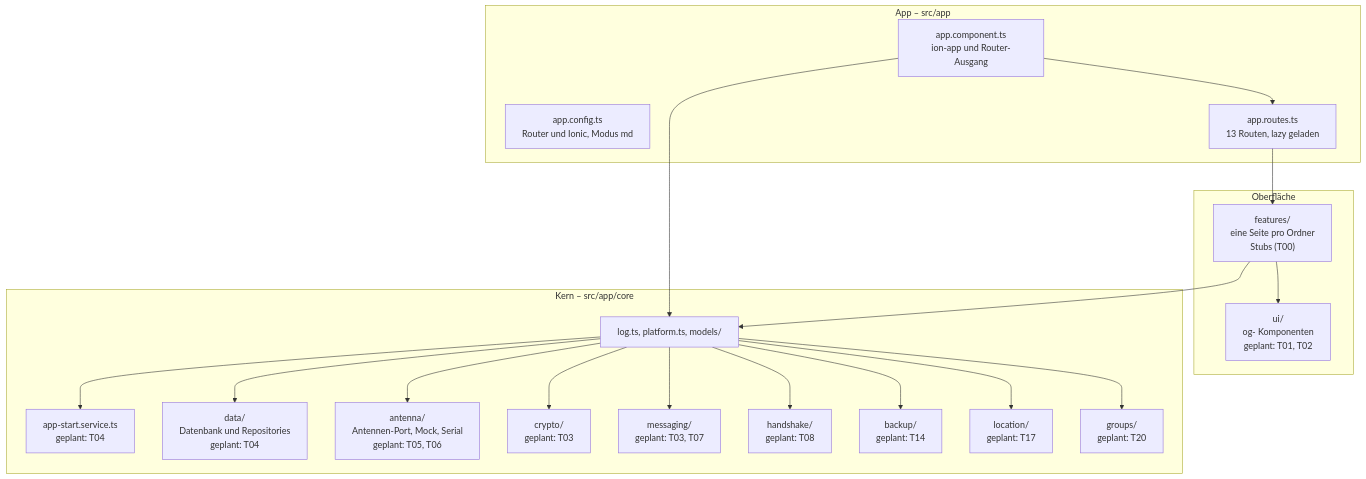
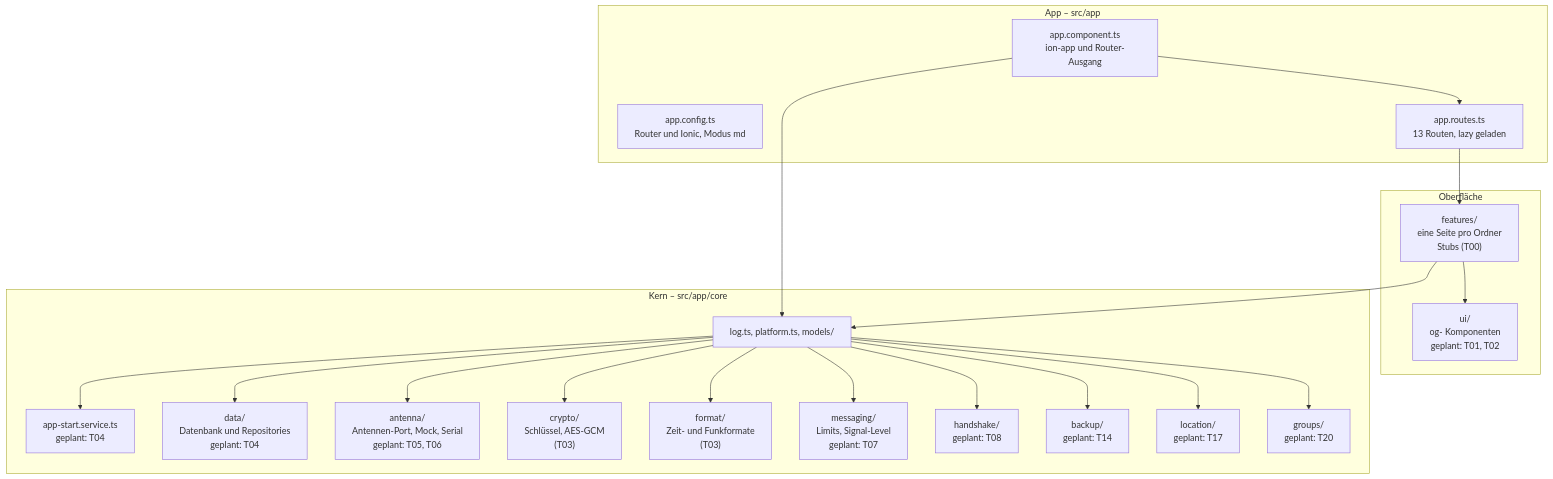
One commit to OffGridCH/app changed the diagram in doku/architektur/ueberblick.md. Above: the diagram before and after it, drawn with Mermaid. The commit also changed other lines of this file and 23 other files, not shown here.

Commit message:
T03: Zeitformate, Krypto-Basis, Schlüssel-Muster, Signal-Level

````diff
--- a/doku/architektur/ueberblick.md
+++ b/doku/architektur/ueberblick.md
@@ -9,38 +10,40 @@
 ```mermaid
 flowchart TD
     subgraph App["App – src/app"]
         Root["app.component.ts<br>ion-app und Router-Ausgang"]
         Config["app.config.ts<br>Router und Ionic, Modus md"]
         Routes["app.routes.ts<br>13 Routen, lazy geladen"]
     end
     subgraph Ui["Oberfläche"]
         Pages["features/<br>eine Seite pro Ordner<br>Stubs (T00)"]
         Components["ui/<br>og- Komponenten<br>geplant: T01, T02"]
     end
     subgraph Core["Kern – src/app/core"]
         Basis["log.ts, platform.ts, models/"]
         Start["app-start.service.ts<br>geplant: T04"]
         Data["data/<br>Datenbank und Repositories<br>geplant: T04"]
         Antenna["antenna/<br>Antennen-Port, Mock, Serial<br>geplant: T05, T06"]
-        Crypto["crypto/<br>geplant: T03"]
-        Messaging["messaging/<br>geplant: T03, T07"]
+        Crypto["crypto/<br>Schlüssel, AES-GCM<br/>(T03)"]
+        Format["format/<br>Zeit- und Funkformate<br/>(T03)"]
+        Messaging["messaging/<br>Limits, Signal-Level<br/>geplant: T07"]
         Handshake["handshake/<br>geplant: T08"]
         Backup["backup/<br>geplant: T14"]
         Location["location/<br>geplant: T17"]
         Groups["groups/<br>geplant: T20"]
     end
     Root --> Routes
     Routes --> Pages
     Pages --> Components
     Pages --> Basis
     Root --> Basis
     Basis --> Start
     Basis --> Data
     Basis --> Antenna
     Basis --> Crypto
+    Basis --> Format
     Basis --> Messaging
     Basis --> Handshake
     Basis --> Backup
     Basis --> Location
     Basis --> Groups
 ```
````
